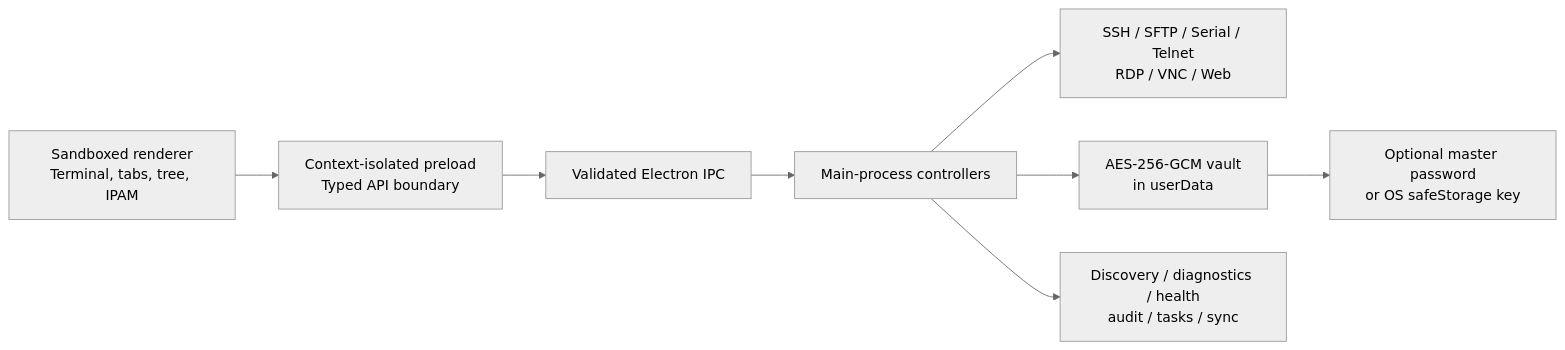
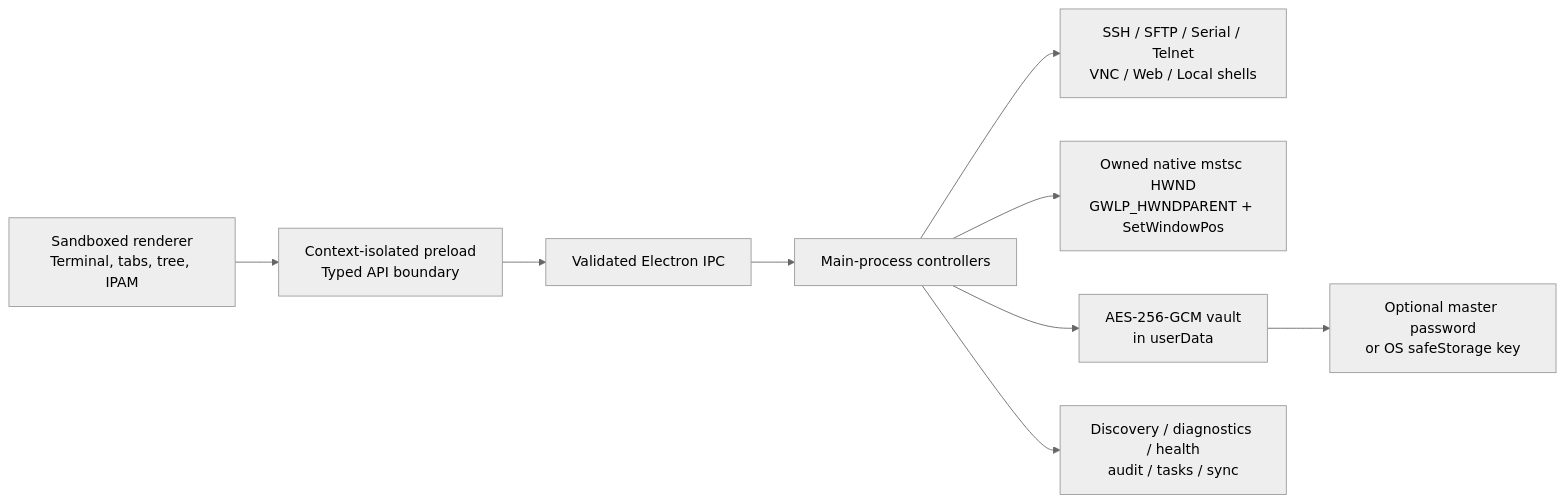
Before and after one commit to KurlyDeer/cybergrid: the diagram in README.md, drawn with Mermaid (neutral theme). The commit also changed other lines of this file and 10 other files, not shown here.

Commit message:
v1.3.0 Release: True RDP HWND embedding, connection modal de-bloat, centralized global options, tab de-duplication, vendor tools, and README update

````diff
--- a/README.md
+++ b/README.md
@@ -129,10 +130,11 @@
 ```mermaid
 flowchart LR
   UI["Sandboxed renderer\nTerminal, tabs, tree, IPAM"] --> PRELOAD["Context-isolated preload\nTyped API boundary"]
   PRELOAD --> IPC["Validated Electron IPC"]
   IPC --> MAIN["Main-process controllers"]
-  MAIN --> PROTOCOLS["SSH / SFTP / Serial / Telnet\nRDP / VNC / Web"]
+  MAIN --> PROTOCOLS["SSH / SFTP / Serial / Telnet\nVNC / Web / Local shells"]
+  MAIN --> RDP["Owned native mstsc HWND\nGWLP_HWNDPARENT + SetWindowPos"]
   MAIN --> VAULT["AES-256-GCM vault\nin userData"]
   MAIN --> OPS["Discovery / diagnostics / health\naudit / tasks / sync"]
   VAULT --> OSKEY["Optional master password\nor OS safeStorage key"]
 ```
````
